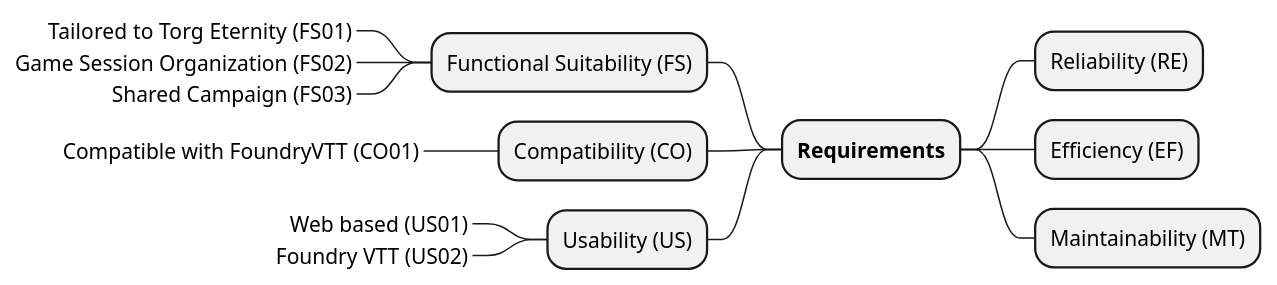
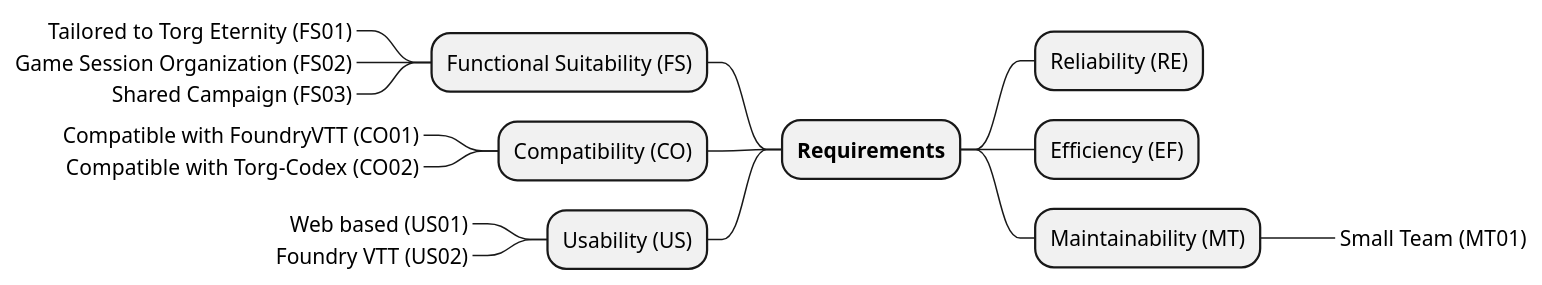
The diagram in src/main/docs/src/10_quality_requirements.adoc (Paladins-Inn/torganized-play-architecture), drawn with PlantUML before and after one commit. The commit also changed other lines of this file and 9 other files, not shown here.

Commit message:
Added the plantuml mind map

```diff
--- a/src/main/docs/src/10_quality_requirements.adoc
+++ b/src/main/docs/src/10_quality_requirements.adoc
@@ -37,19 +37,21 @@
 [plantuml,quality-tree,svg]
 ....
 @startmindmap
 + **Requirements**
 -- Functional Suitability (FS)
 ---_ Tailored to Torg Eternity (FS01)
 ---_ Game Session Organization (FS02)
 ---_ Shared Campaign (FS03)
 -- Compatibility (CO)
 ---_ Compatible with FoundryVTT (CO01)
+---_ Compatible with Torg-Codex (CO02)
 -- Usability (US)
 ---_ Web based (US01)
 ---_ Foundry VTT (US02)
 
 ++ Reliability (RE)
 ++ Efficiency (EF)
 ++ Maintainability (MT)
++++_ Small Team (MT01)
 @endmindmap
 ....
```
